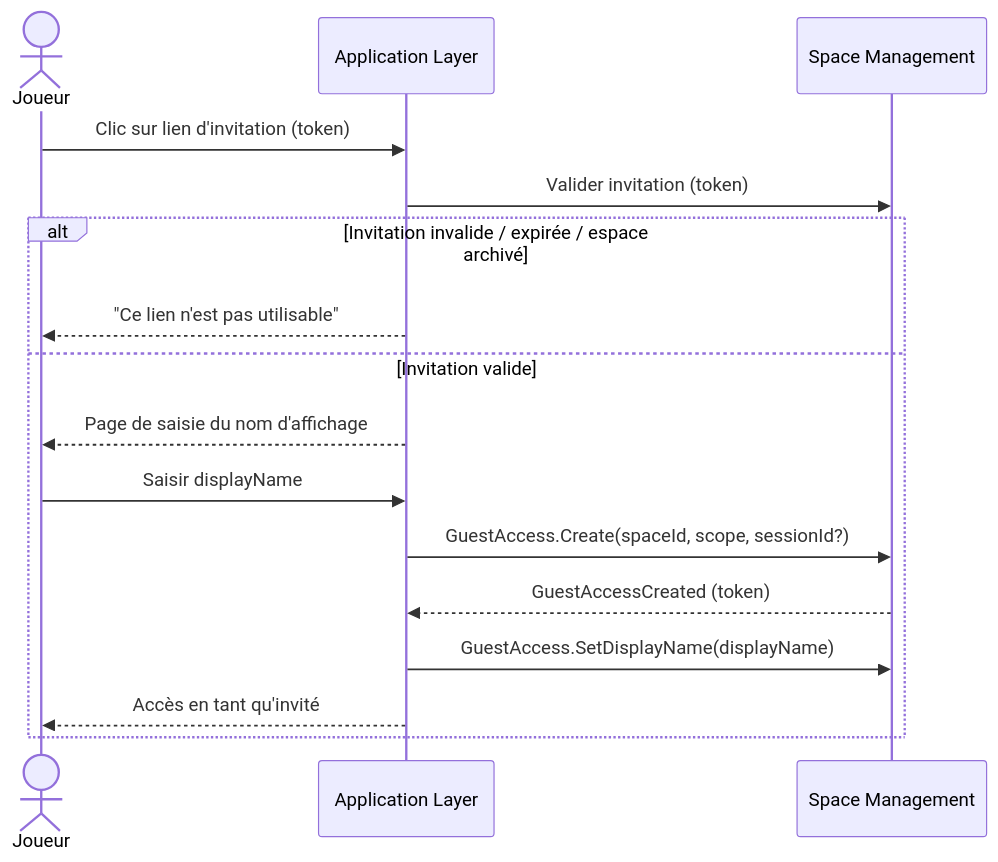
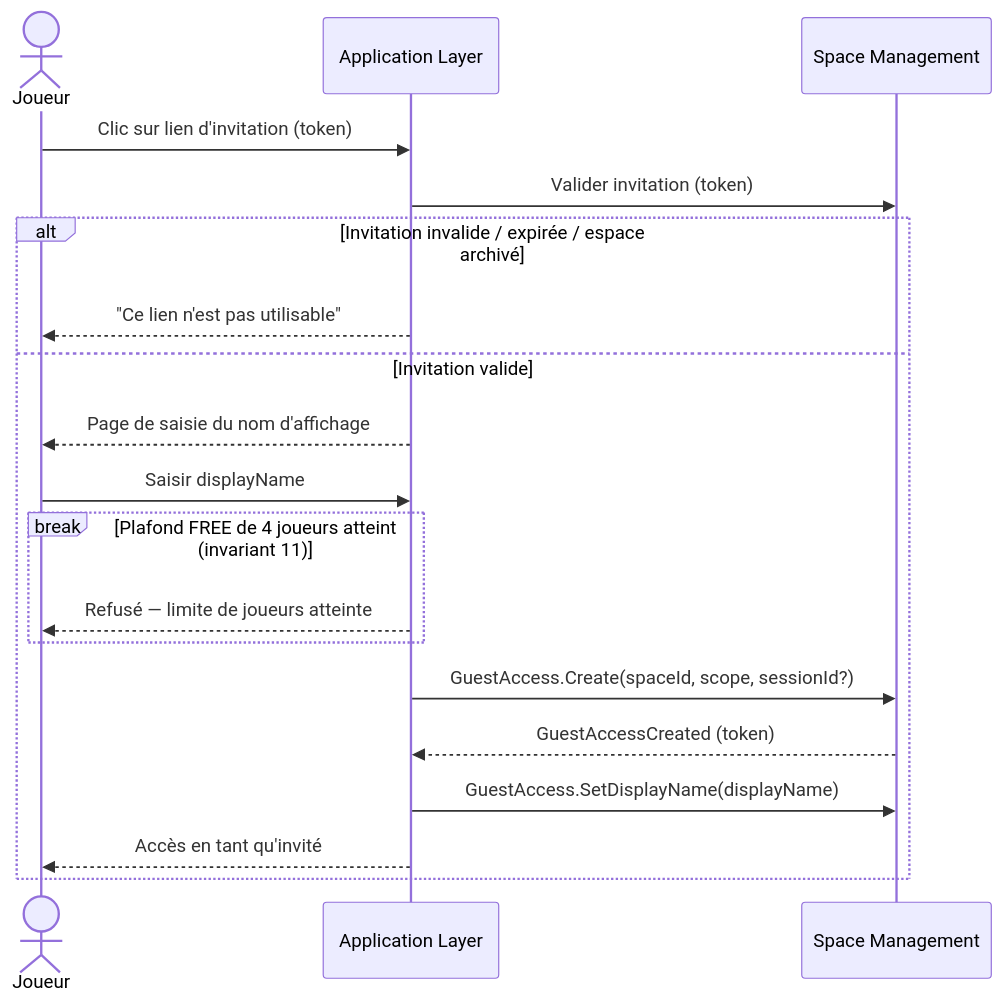
One commit to 2025-10-CDA-ECO-P6/PM-micro-saas changed the fourth of 7 diagrams in docs/domaine/space-management/flows.md. Above: the diagram before and after it, drawn with Mermaid. The commit also changed other lines of this file and 3 other files, not shown here.

````diff
--- a/docs/domaine/space-management/flows.md
+++ b/docs/domaine/space-management/flows.md
@@ -67,19 +70,22 @@
 ```mermaid
 sequenceDiagram
     actor Joueur
     participant App as Application Layer
     participant SM as Space Management
 
     Joueur->>App: Clic sur lien d'invitation (token)
     App->>SM: Valider invitation (token)
     alt Invitation invalide / expirée / espace archivé
         App-->>Joueur: "Ce lien n'est pas utilisable"
     else Invitation valide
         App-->>Joueur: Page de saisie du nom d'affichage
         Joueur->>App: Saisir displayName
+        break Plafond FREE de 4 joueurs atteint (invariant 11)
+            App-->>Joueur: Refusé — limite de joueurs atteinte
+        end
         App->>SM: GuestAccess.Create(spaceId, scope, sessionId?)
         SM-->>App: GuestAccessCreated (token)
         App->>SM: GuestAccess.SetDisplayName(displayName)
         App-->>Joueur: Accès en tant qu'invité
     end
 ```
````
